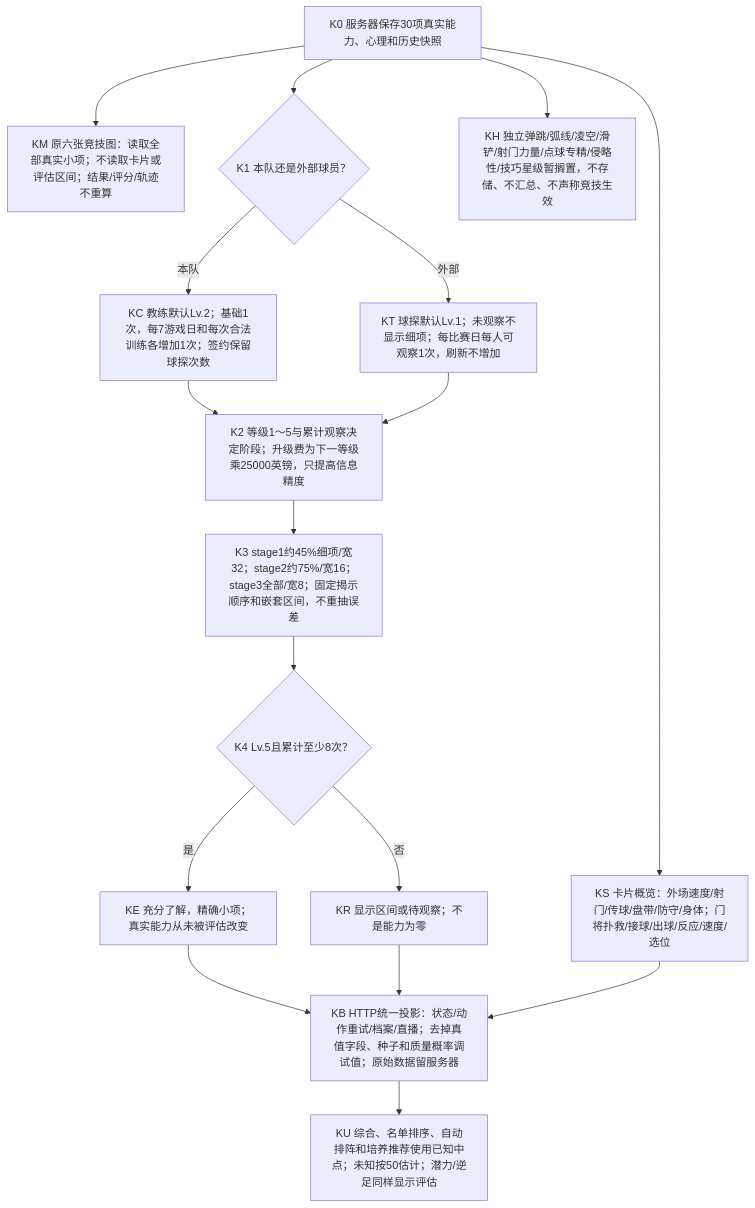
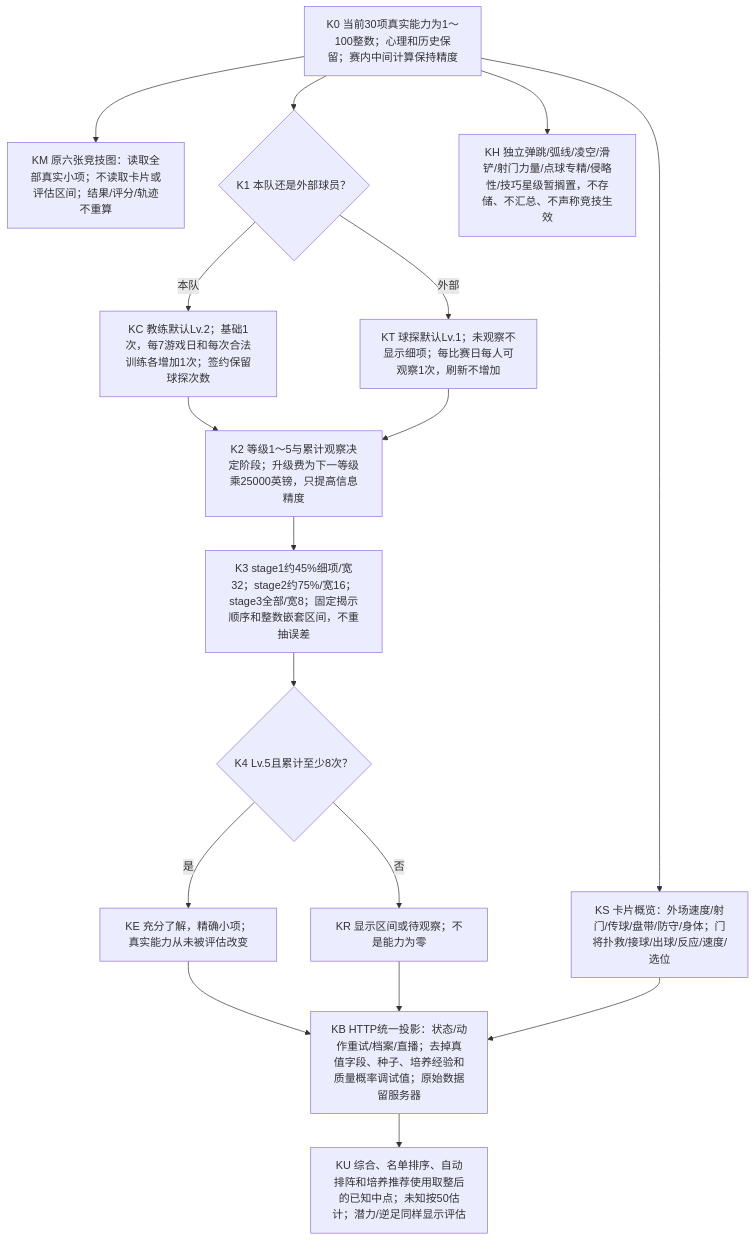
One commit to sixu3575/touchline-manager changed the seventh of 7 diagrams in packages/shared/modules/matches/design/PLAYER_DECISION_MAP.md. Above: the diagram before and after it, drawn with Mermaid. The commit also changed other lines of this file and 43 other files, not shown here.

````diff
--- a/packages/shared/modules/matches/design/PLAYER_DECISION_MAP.md
+++ b/packages/shared/modules/matches/design/PLAYER_DECISION_MAP.md
@@ -474,19 +477,19 @@
 ```mermaid
 flowchart TD
-  K0["K0 服务器保存30项真实能力、心理和历史快照"] --> KM["KM 原六张竞技图：读取全部真实小项；不读取卡片或评估区间；结果/评分/轨迹不重算"]
+  K0["K0 当前30项真实能力为1～100整数；心理和历史保留；赛内中间计算保持精度"] --> KM["KM 原六张竞技图：读取全部真实小项；不读取卡片或评估区间；结果/评分/轨迹不重算"]
   K0 --> KS["KS 卡片概览：外场速度/射门/传球/盘带/防守/身体；门将扑救/接球/出球/反应/速度/选位"]
   K0 --> K1{"K1 本队还是外部球员？"}
   K1 -->|本队| KC["KC 教练默认Lv.2；基础1次，每7游戏日和每次合法训练各增加1次；签约保留球探次数"]
   K1 -->|外部| KT["KT 球探默认Lv.1；未观察不显示细项；每比赛日每人可观察1次，刷新不增加"]
   KC --> K2["K2 等级1～5与累计观察决定阶段；升级费为下一等级乘25000英镑，只提高信息精度"]
   KT --> K2
-  K2 --> K3["K3 stage1约45%细项/宽32；stage2约75%/宽16；stage3全部/宽8；固定揭示顺序和嵌套区间，不重抽误差"]
+  K2 --> K3["K3 stage1约45%细项/宽32；stage2约75%/宽16；stage3全部/宽8；固定揭示顺序和整数嵌套区间，不重抽误差"]
   K3 --> K4{"K4 Lv.5且累计至少8次？"}
   K4 -->|是| KE["KE 充分了解，精确小项；真实能力从未被评估改变"]
   K4 -->|否| KR["KR 显示区间或待观察；不是能力为零"]
-  KE --> KB["KB HTTP统一投影：状态/动作重试/档案/直播；去掉真值字段、种子和质量概率调试值；原始数据留服务器"]
+  KE --> KB["KB HTTP统一投影：状态/动作重试/档案/直播；去掉真值字段、种子、培养经验和质量概率调试值；原始数据留服务器"]
   KR --> KB
   KS --> KB
-  KB --> KU["KU 综合、名单排序、自动排阵和培养推荐使用已知中点；未知按50估计；潜力/逆足同样显示评估"]
+  KB --> KU["KU 综合、名单排序、自动排阵和培养推荐使用取整后的已知中点；未知按50估计；潜力/逆足同样显示评估"]
   K0 --> KH["KH 独立弹跳/弧线/凌空/滑铲/射门力量/点球专精/侵略性/技巧星级暂搁置，不存储、不汇总、不声称竞技生效"]
 ```
````
